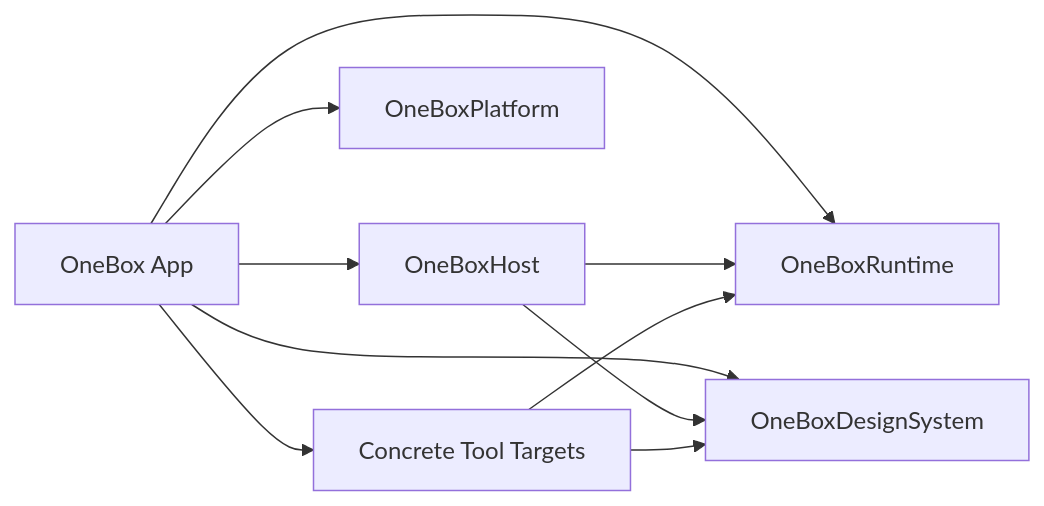
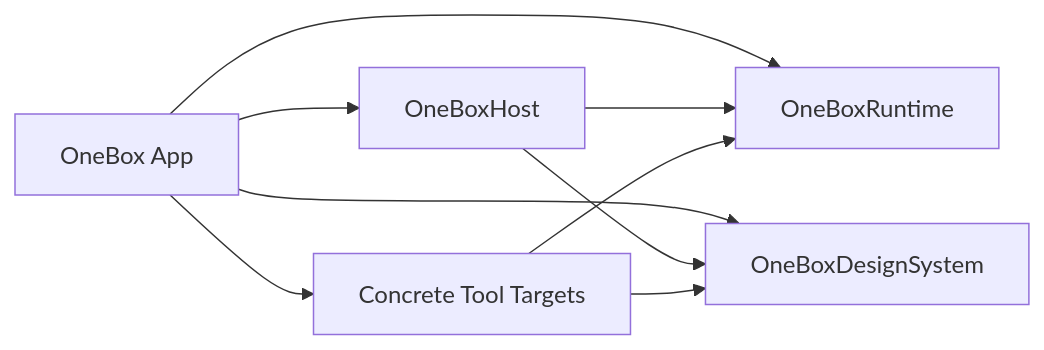
Before and after one commit to cmy-hhxx/OneBox: the diagram in docs/architecture.md, drawn with Mermaid. The commit also changed other lines of this file and 29 other files, not shown here.

````diff
--- a/docs/architecture.md
+++ b/docs/architecture.md
@@ -37,12 +37,11 @@
 ```mermaid
 flowchart LR
     App[OneBox App] --> Host[OneBoxHost]
     App --> Runtime[OneBoxRuntime]
     App --> Design[OneBoxDesignSystem]
-    App --> Platform[OneBoxPlatform]
     App --> Tools[Concrete Tool Targets]
     Host --> Runtime
     Host --> Design
     Tools --> Runtime
     Tools --> Design
 ```
````
